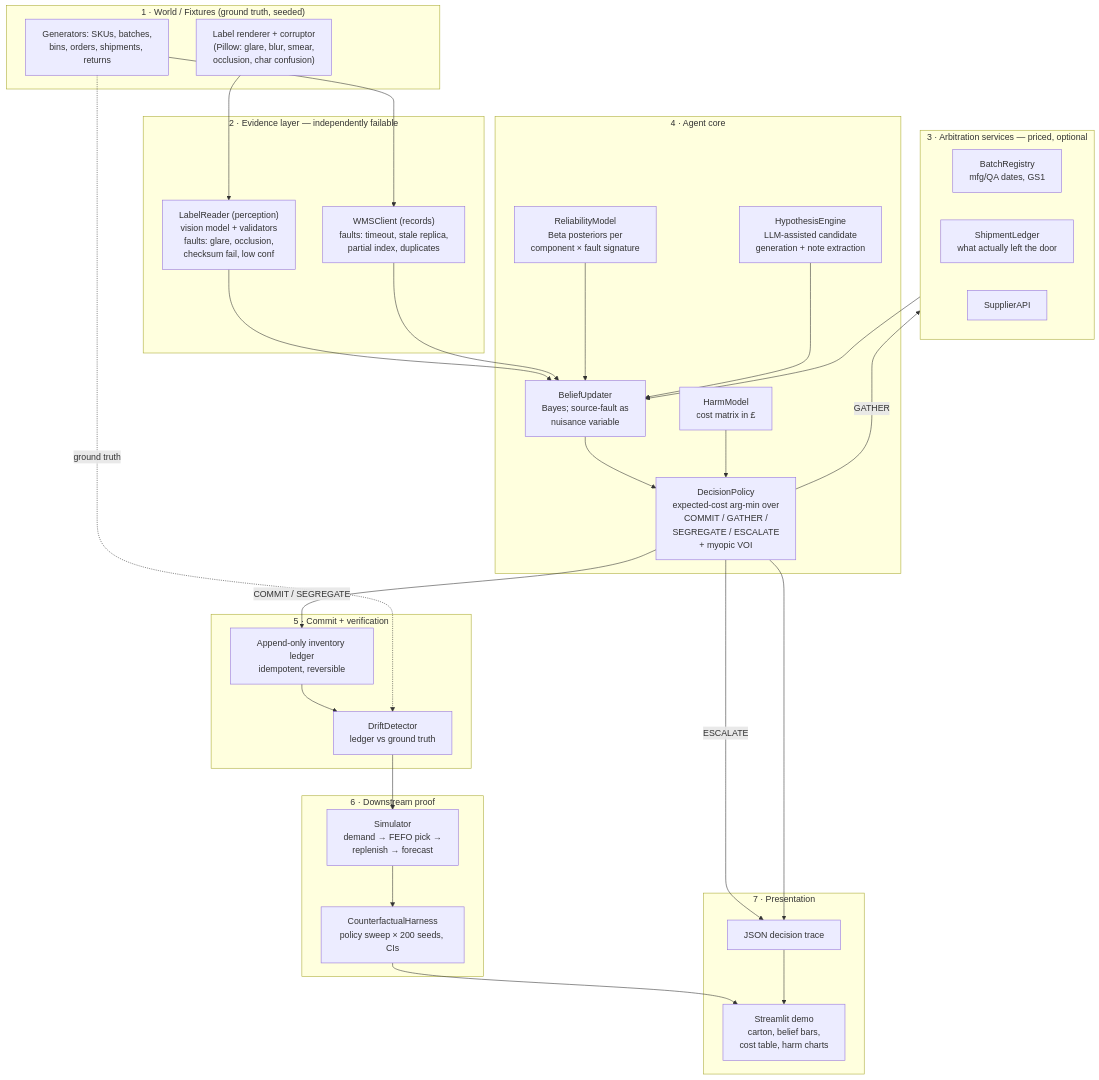
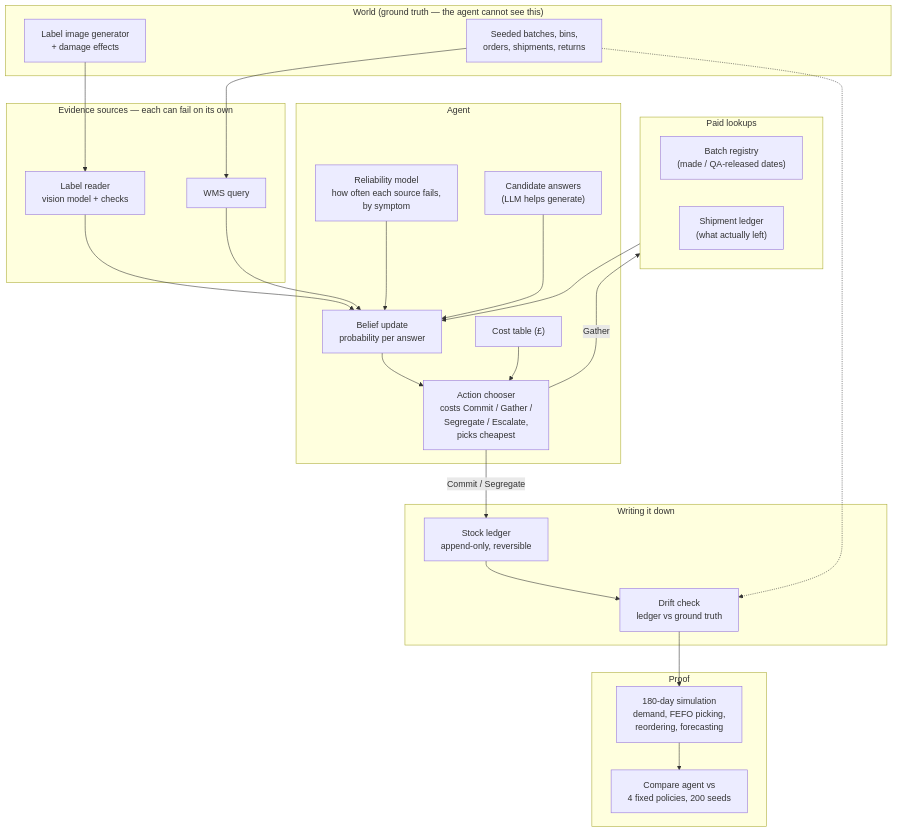
The diagram in PLAN.md (rishimody13/LEC_AI), drawn with Mermaid before and after one commit. The commit also changed other lines of this file, not shown here.

````diff
--- a/PLAN.md
+++ b/PLAN.md
@@ -218,61 +173,51 @@
 ```mermaid
 flowchart TB
-    subgraph W["1 · World / Fixtures (ground truth, seeded)"]
-        WG["Generators: SKUs, batches,\nbins, orders, shipments, returns"]
-        LR["Label renderer + corruptor\n(Pillow: glare, blur, smear,\nocclusion, char confusion)"]
+    subgraph W["World (ground truth — the agent cannot see this)"]
+        WG["Seeded batches, bins,\norders, shipments, returns"]
+        LBL["Label image generator\n+ damage effects"]
     end
 
-    subgraph E["2 · Evidence layer — independently failable"]
-        P["LabelReader (perception)\nvision model + validators\nfaults: glare, occlusion,\nchecksum fail, low conf"]
-        R["WMSClient (records)\nfaults: timeout, stale replica,\npartial index, duplicates"]
+    subgraph E["Evidence sources — each can fail on its own"]
+        P["Label reader\nvision model + checks"]
+        R["WMS query"]
     end
 
-    subgraph A["3 · Arbitration services — priced, optional"]
-        BR["BatchRegistry\nmfg/QA dates, GS1"]
-        SL["ShipmentLedger\nwhat actually left the door"]
-        SUP["SupplierAPI"]
+    subgraph A["Paid lookups"]
+        BR["Batch registry\n(made / QA-released dates)"]
+        SL["Shipment ledger\n(what actually left)"]
     end
 
-    subgraph C["4 · Agent core"]
-        REL["ReliabilityModel\nBeta posteriors per\ncomponent × fault signature"]
-        HYP["HypothesisEngine\nLLM-assisted candidate\ngeneration + note extraction"]
-        BEL["BeliefUpdater\nBayes; source-fault as\nnuisance variable"]
-        POL["DecisionPolicy\nexpected-cost arg-min over\nCOMMIT / GATHER /\nSEGREGATE / ESCALATE\n+ myopic VOI"]
-        HM["HarmModel\ncost matrix in £"]
+    subgraph C["Agent"]
+        REL["Reliability model\nhow often each source fails,\nby symptom"]
+        HYP["Candidate answers\n(LLM helps generate)"]
+        BEL["Belief update\nprobability per answer"]
+        POL["Action chooser\ncosts Commit / Gather /\nSegregate / Escalate,\npicks cheapest"]
+        HM["Cost table (£)"]
     end
 
-    subgraph O["5 · Commit + verification"]
-        LED["Append-only inventory ledger\nidempotent, reversible"]
-        DD["DriftDetector\nledger vs ground truth"]
+    subgraph O["Writing it down"]
+        LED["Stock ledger\nappend-only, reversible"]
+        DD["Drift check\nledger vs ground truth"]
     end
 
-    subgraph D["6 · Downstream proof"]
-        SIM["Simulator\ndemand → FEFO pick →\nreplenish → forecast"]
-        CF["CounterfactualHarness\npolicy sweep × 200 seeds, CIs"]
-    end
-
-    subgraph V["7 · Presentation"]
-        UI["Streamlit demo\ncarton, belief bars,\ncost table, harm charts"]
-        TR["JSON decision trace"]
+    subgraph D["Proof"]
+        SIM["180-day simulation\ndemand, FEFO picking,\nreordering, forecasting"]
+        CF["Compare agent vs\n4 fixed policies, 200 seeds"]
     end
 
     WG --> R
-    LR --> P
+    LBL --> P
     P --> BEL
     R --> BEL
     REL --> BEL
     HYP --> BEL
     BEL --> POL
     HM --> POL
-    POL -- "GATHER" --> A
+    POL -- Gather --> A
     A --> BEL
-    POL -- "COMMIT / SEGREGATE" --> LED
-    POL -- "ESCALATE" --> TR
+    POL -- "Commit / Segregate" --> LED
     LED --> DD
-    WG -.ground truth.-> DD
+    WG -.-> DD
     DD --> SIM
     SIM --> CF
-    CF --> UI
-    POL --> TR
-    TR --> UI
 ```
````
